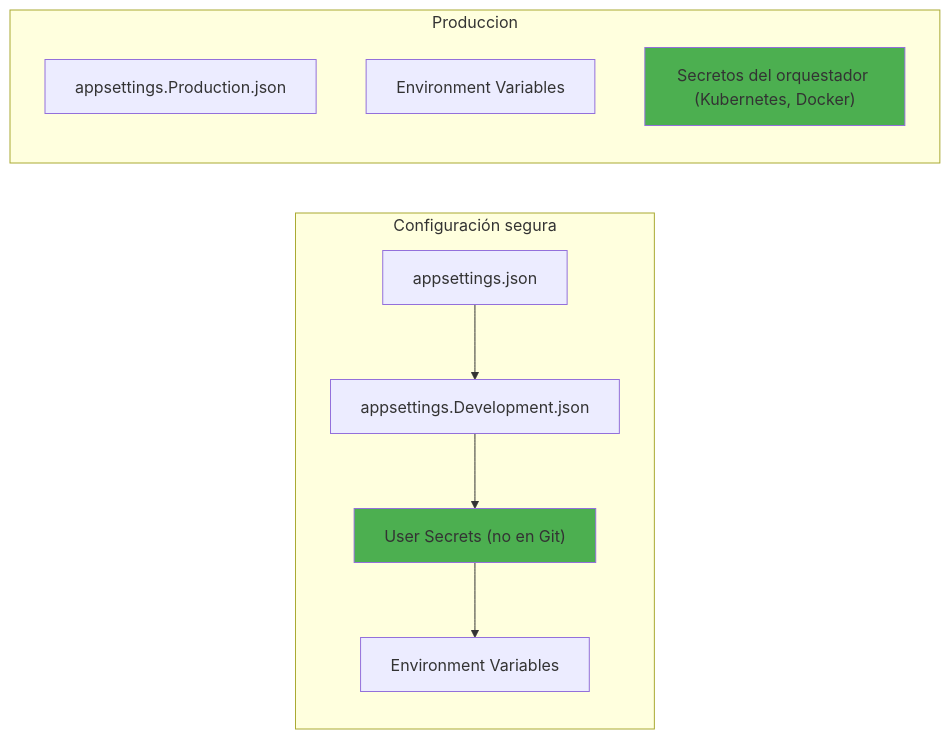
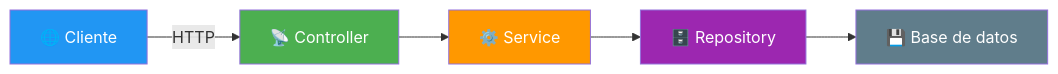
One commit to joseluisgs/DesarrolloWebEntornosServidor-02-2026-2027 changed the fifth of 7 diagrams in 01-conceptos-servicios.md. Above: the diagram before and after it, drawn with Mermaid. The commit also changed other lines of this file, not shown here.

````diff
--- a/01-conceptos-servicios.md
+++ b/01-conceptos-servicios.md
@@ -1122,17 +285,12 @@
 ```mermaid
 flowchart LR
-    subgraph "Configuración segura"
-        A["appsettings.json"] --> B["appsettings.Development.json"]
-        B --> C["User Secrets (no en Git)"]
-        C --> D["Environment Variables"]
-    end
-    
-    subgraph "Produccion"
-        E["appsettings.Production.json"]
-        F["Environment Variables"]
-        G["Secretos del orquestador (Kubernetes, Docker)"]
-    end
-    
-    style C fill:#4CAF50
-    style G fill:#4CAF50
+    A["🌐 Cliente"] -->|HTTP| B["📡 Controller"]
+    B --> C["⚙️ Service"]
+    C --> D["🗄️ Repository"]
+    D --> E["💾 Base de datos"]
+    style A fill:#2196F3,color:#fff
+    style B fill:#4CAF50,color:#fff
+    style C fill:#FF9800,color:#fff
+    style D fill:#9C27B0,color:#fff
+    style E fill:#607D8B,color:#fff
 ```
````
